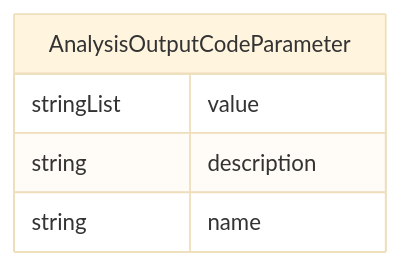
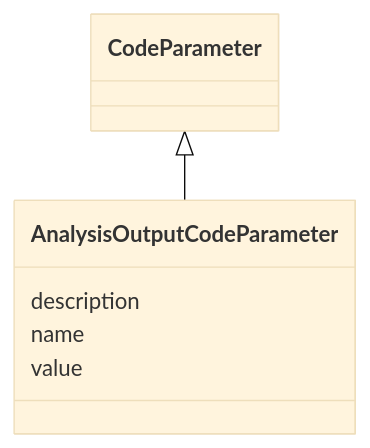
Before and after one commit to cdisc-org/analysis-results-standard: the diagram in project/docs/AnalysisOutputCodeParameter.md, drawn with Mermaid (base theme). The commit also changed 256 other files, not shown here.

Commit message:
Documentation diagrams

````diff
--- a/project/docs/AnalysisOutputCodeParameter.md
+++ b/project/docs/AnalysisOutputCodeParameter.md
@@ -13,11 +15,13 @@
 ```mermaid
-erDiagram
-AnalysisOutputCodeParameter {
-    stringList value  
-    string description  
-    string name  
-}
-
-
-
+ classDiagram
+    class AnalysisOutputCodeParameter
+      CodeParameter <|-- AnalysisOutputCodeParameter
+      
+      AnalysisOutputCodeParameter : description
+        
+      AnalysisOutputCodeParameter : name
+        
+      AnalysisOutputCodeParameter : value
+        
+      
 ```
````
